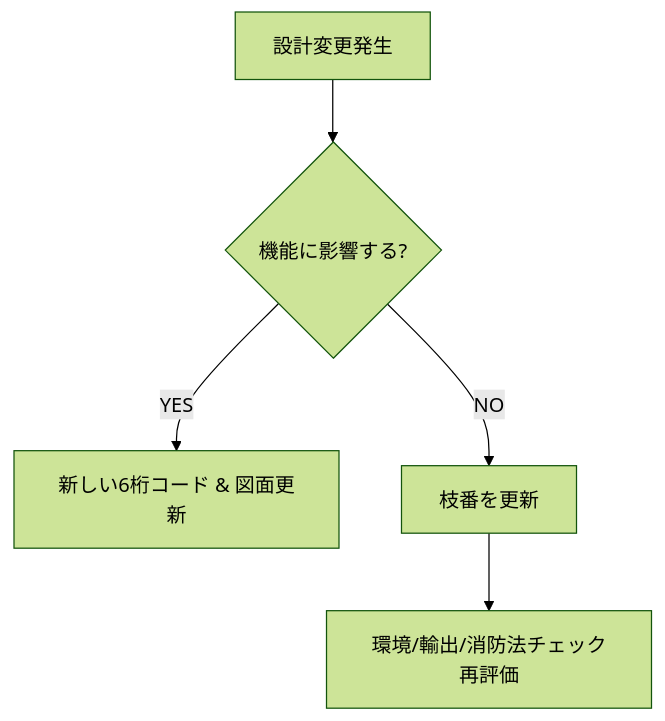
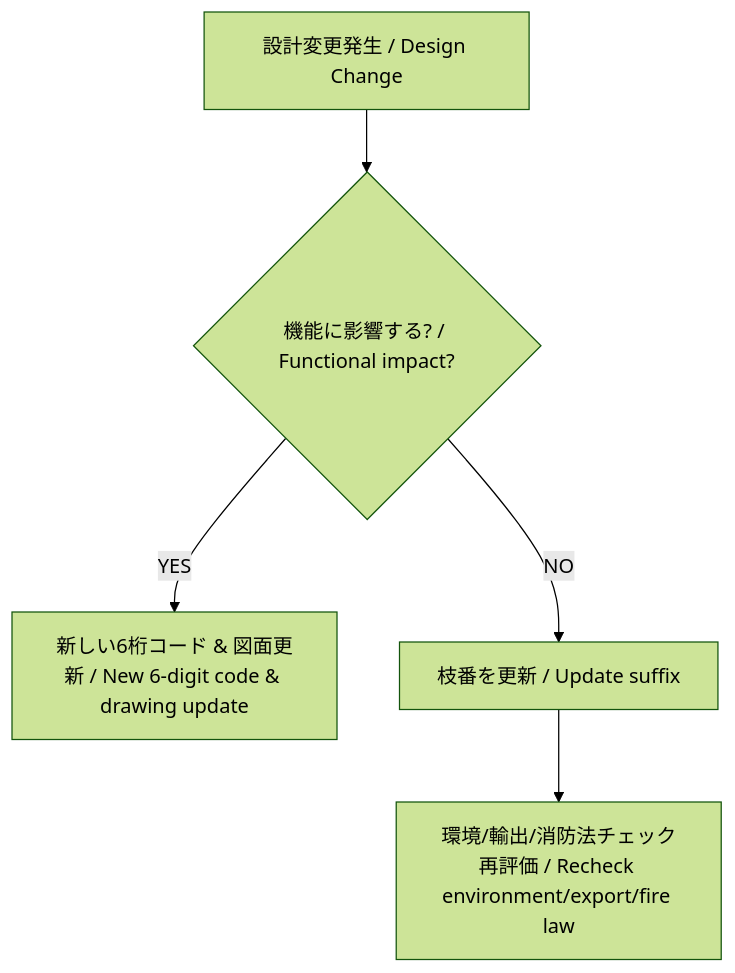
The diagram in 08_production_process/06_bom_generation/rules.md (Samizo-AITL/EduMecha), drawn with Mermaid (forest theme) before and after one commit. The commit also changed other lines of this file, not shown here.

````diff
--- a/08_production_process/06_bom_generation/rules.md
+++ b/08_production_process/06_bom_generation/rules.md
@@ -13,7 +15,7 @@
 ```mermaid
 flowchart TD
-  A[設計変更発生] --> B{機能に影響する?}
-  B -- YES --> C[新しい6桁コード & 図面更新]
-  B -- NO --> D[枝番を更新]
-  D --> E[環境/輸出/消防法チェック再評価]
+  A[設計変更発生 / Design Change] --> B{機能に影響する? / Functional impact?}
+  B -- YES --> C[新しい6桁コード & 図面更新 / New 6-digit code & drawing update]
+  B -- NO --> D[枝番を更新 / Update suffix]
+  D --> E[環境/輸出/消防法チェック再評価 / Recheck environment/export/fire law]
 ```
````
